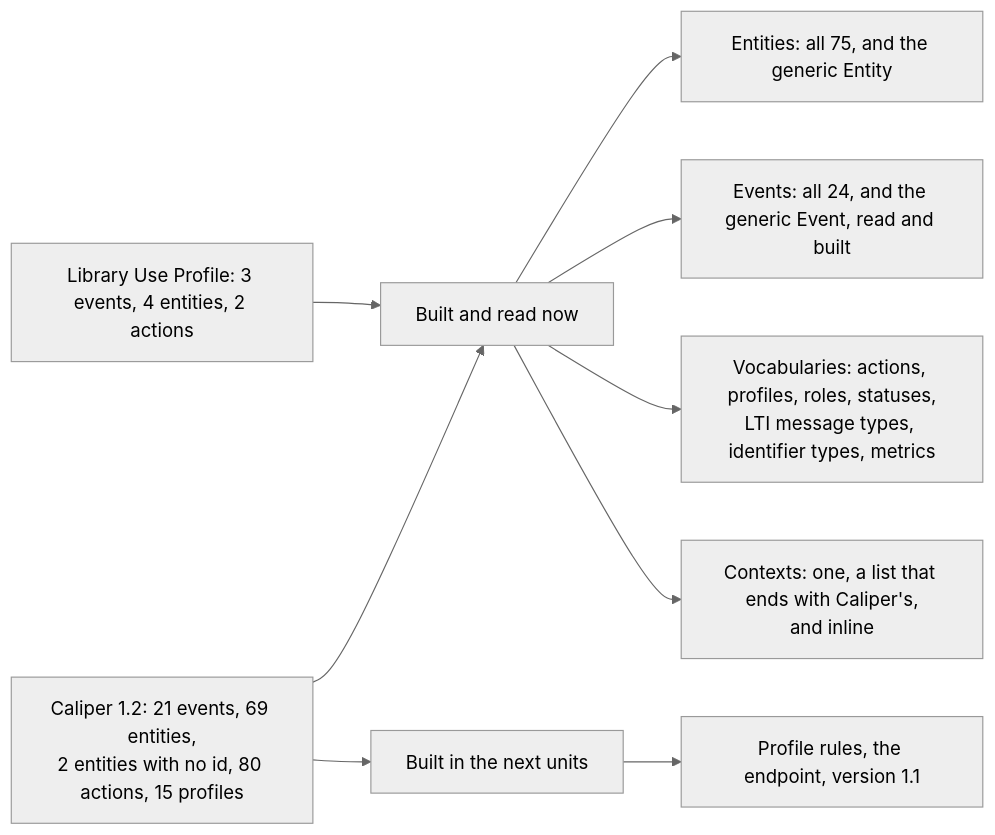
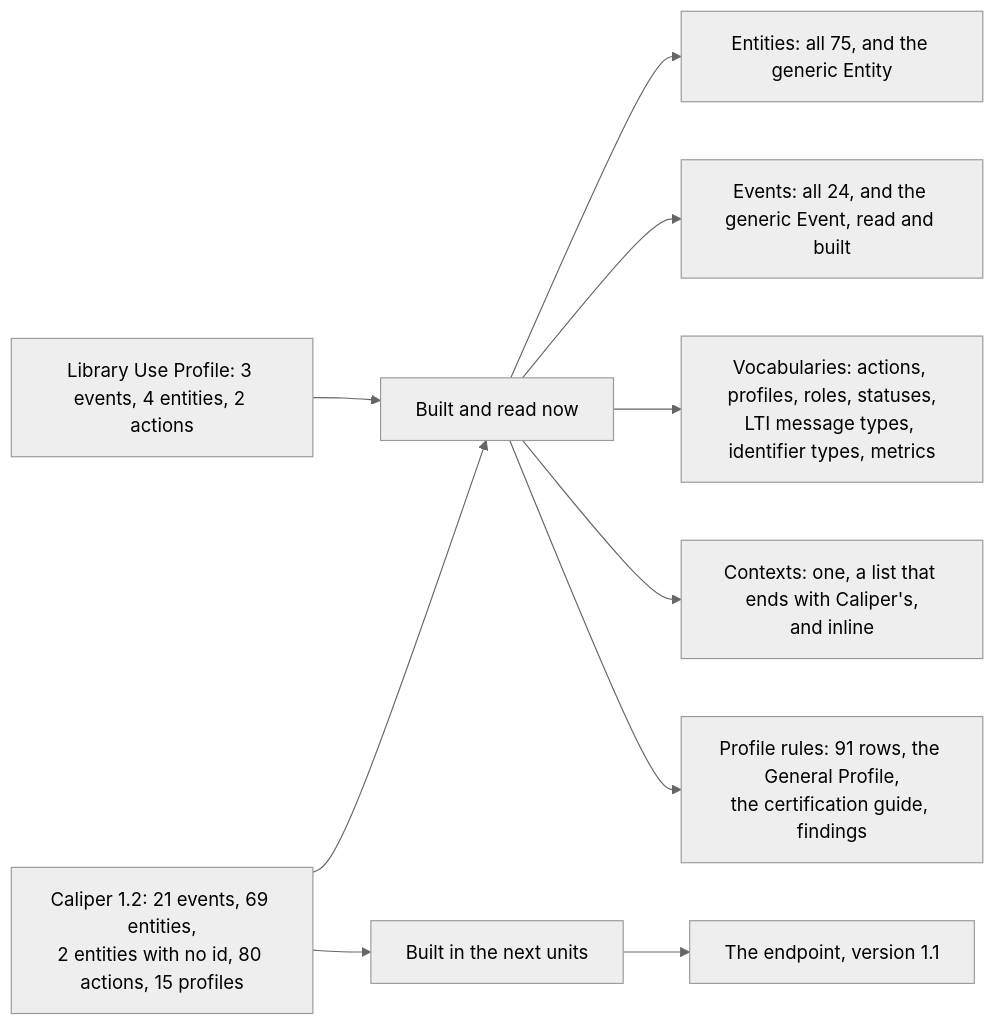
One commit to interopkit/interopkit changed the diagram in docs/learning-analytics/supported.md. Above: the diagram before and after it, drawn with Mermaid (neutral theme). The commit also changed other lines of this file and 39 other files, not shown here.

````diff
--- a/docs/learning-analytics/supported.md
+++ b/docs/learning-analytics/supported.md
@@ -6,11 +6,12 @@
 ```mermaid
 flowchart LR
   spec["Caliper 1.2: 21 events, 69 entities,<br/>2 entities with no id, 80 actions, 15 profiles"] --> have["Built and read now"]
   spec --> next["Built in the next units"]
   lib["Library Use Profile: 3 events, 4 entities, 2 actions"] --> have
   have --> entityNode["Entities: all 75, and the generic Entity"]
   have --> eventNode["Events: all 24, and the generic Event, read and built"]
   have --> vocab["Vocabularies: actions, profiles, roles, statuses,<br/>LTI message types, identifier types, metrics"]
   have --> ctx["Contexts: one, a list that ends with Caliper's,<br/>and inline"]
-  next --> prof["Profile rules, the endpoint, version 1.1"]
+  have --> prof["Profile rules: 91 rows, the General Profile,<br/>the certification guide, findings"]
+  next --> later["The endpoint, version 1.1"]
 ```
````
